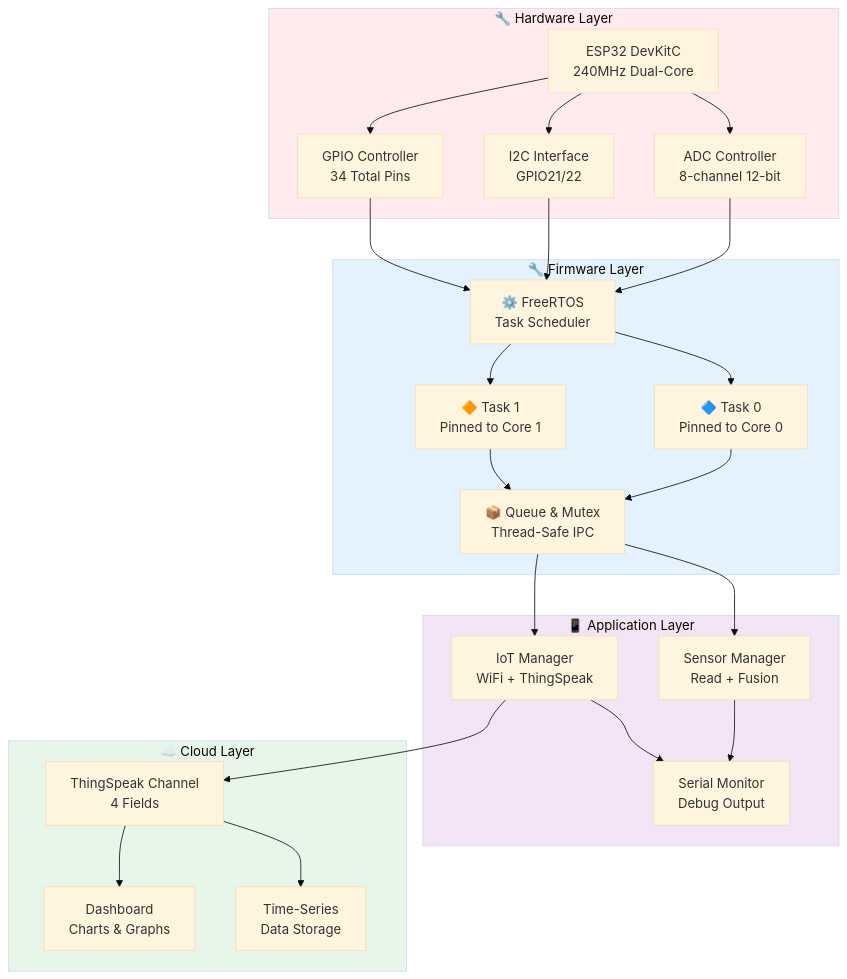
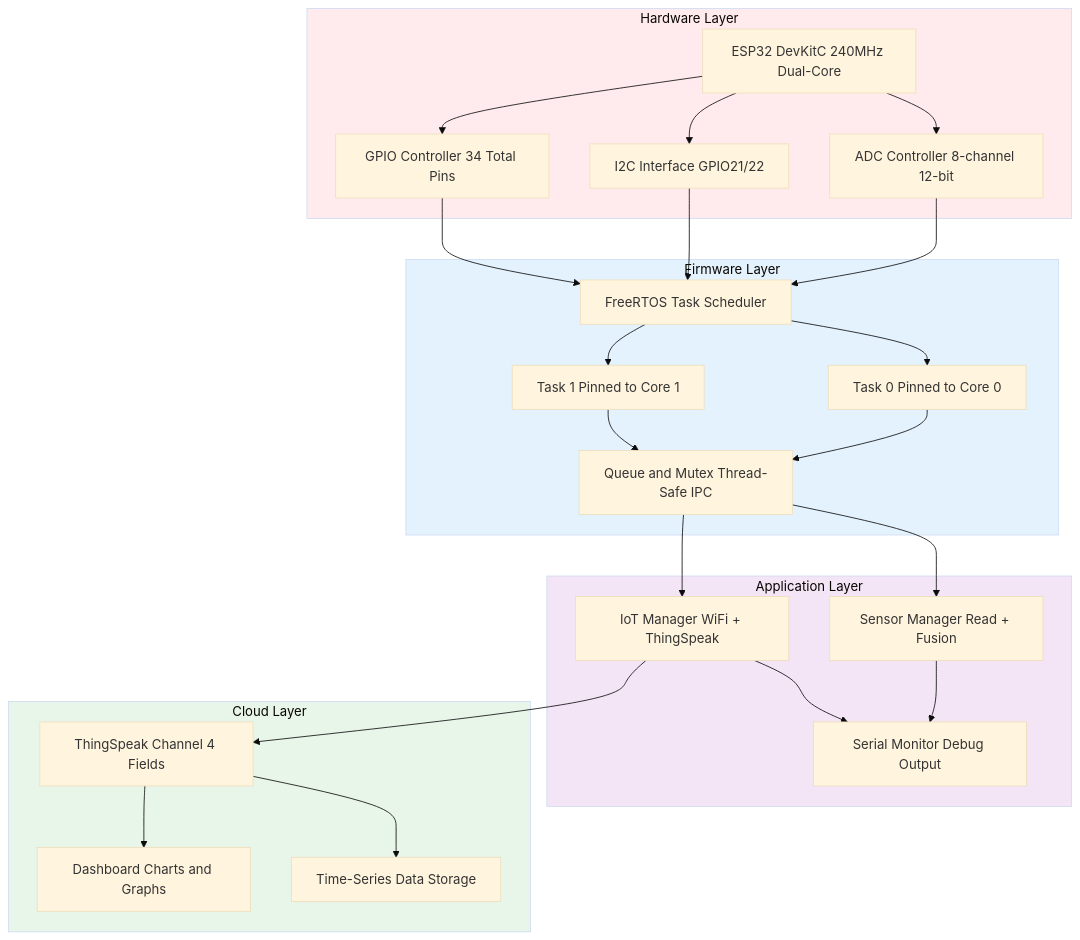
The sixth of 25 diagrams in README.md (ficrammanifur/ESP32-RTOS-Environmental-Monitor), drawn with Mermaid (base theme) before and after one commit. The commit also changed other lines of this file, not shown here.

````diff
--- a/README.md
+++ b/README.md
@@ -312,57 +312,57 @@
 ```mermaid
 graph TB
-    subgraph HW["🔧 Hardware Layer"]
-        ESP["ESP32 DevKitC<br/>240MHz Dual-Core"]
-        ADC["ADC Controller<br/>8-channel 12-bit"]
-        I2C["I2C Interface<br/>GPIO21/22"]
-        GPIO["GPIO Controller<br/>34 Total Pins"]
+    subgraph HW[Hardware Layer]
+        ESP[ESP32 DevKitC 240MHz Dual-Core]
+        ADC[ADC Controller 8-channel 12-bit]
+        I2C[I2C Interface GPIO21/22]
+        GPIO[GPIO Controller 34 Total Pins]
     end
     
-    subgraph FW["🔧 Firmware Layer"]
-        RTOS["⚙️ FreeRTOS<br/>Task Scheduler"]
-        TASK0["🔷 Task 0<br/>Pinned to Core 0"]
-        TASK1["🔶 Task 1<br/>Pinned to Core 1"]
-        COMM["📦 Queue & Mutex<br/>Thread-Safe IPC"]
+    subgraph FW[Firmware Layer]
+        RTOS[FreeRTOS Task Scheduler]
+        TASK0[Task 0 Pinned to Core 0]
+        TASK1[Task 1 Pinned to Core 1]
+        COMM[Queue and Mutex Thread-Safe IPC]
     end
     
-    subgraph APP["📱 Application Layer"]
-        SENSOR["Sensor Manager<br/>Read + Fusion"]
-        IOT["IoT Manager<br/>WiFi + ThingSpeak"]
-        UI["Serial Monitor<br/>Debug Output"]
+    subgraph APP[Application Layer]
+        SENSOR[Sensor Manager Read + Fusion]
+        IOT[IoT Manager WiFi + ThingSpeak]
+        UI[Serial Monitor Debug Output]
     end
     
-    subgraph CLOUD["☁️ Cloud Layer"]
-        THING["ThingSpeak Channel<br/>4 Fields"]
-        VIS["Dashboard<br/>Charts & Graphs"]
-        STORE["Time-Series<br/>Data Storage"]
+    subgraph CLOUD[Cloud Layer]
+        THING[ThingSpeak Channel 4 Fields]
+        VIS[Dashboard Charts and Graphs]
+        STORE[Time-Series Data Storage]
     end
     
     ESP --> ADC
     ESP --> I2C
     ESP --> GPIO
     
     ADC --> RTOS
     I2C --> RTOS
     GPIO --> RTOS
     
     RTOS --> TASK0
     RTOS --> TASK1
     
     TASK0 --> COMM
     TASK1 --> COMM
     
     COMM --> SENSOR
     COMM --> IOT
     
     SENSOR --> UI
     IOT --> UI
     
     IOT --> THING
     THING --> VIS
     THING --> STORE
     
     style HW fill:#ffebee
     style FW fill:#e3f2fd
     style APP fill:#f3e5f5
     style CLOUD fill:#e8f5e9
 ```
````
